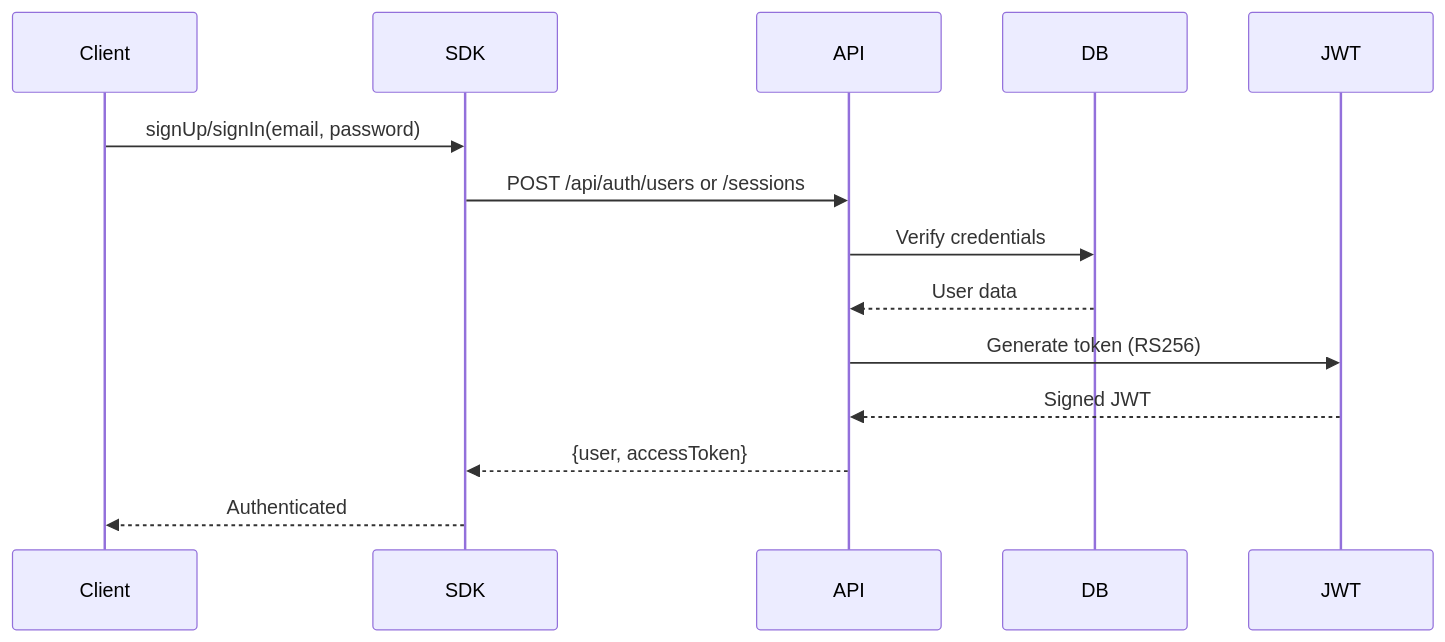
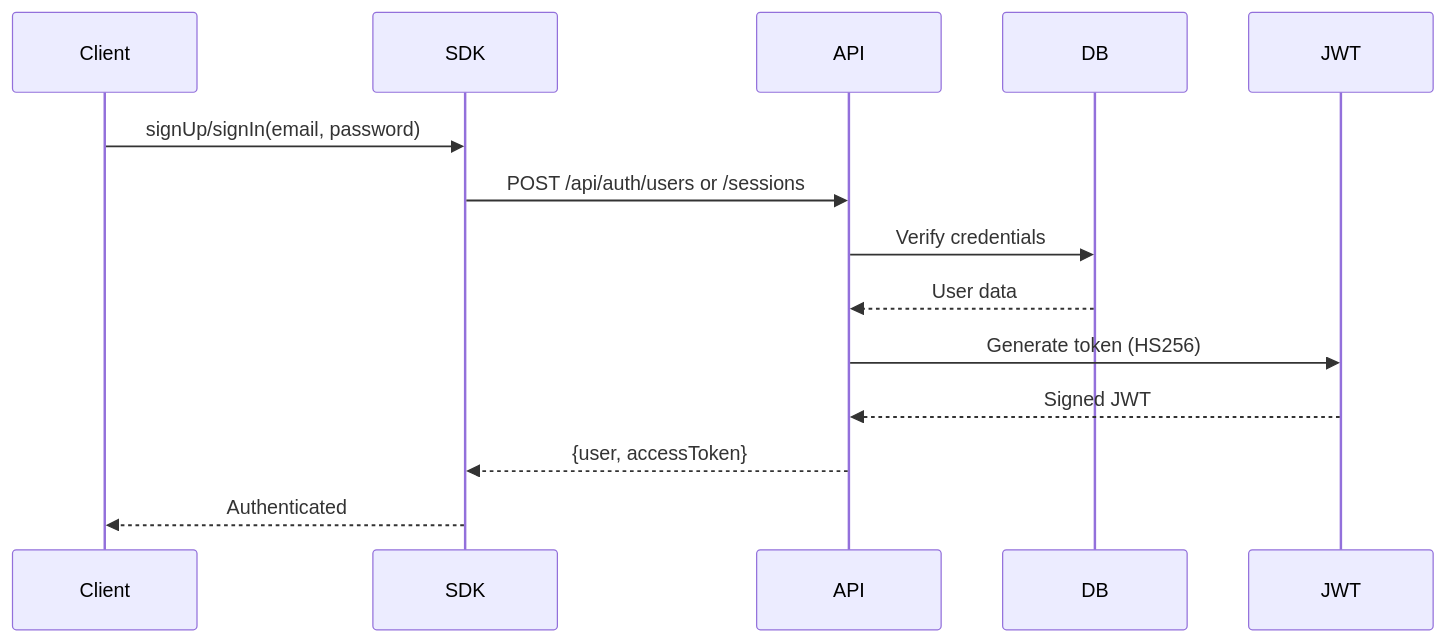
One commit to InsForge/insforge-docs changed the second of 3 diagrams in core-concepts/authentication/architecture.mdx. Above: the diagram before and after it, drawn with Mermaid. The commit also changed other lines of this file, not shown here.

````diff
--- a/core-concepts/authentication/architecture.mdx
+++ b/core-concepts/authentication/architecture.mdx
@@ -61,17 +61,17 @@
 ```mermaid
 sequenceDiagram
     participant Client
     participant SDK
     participant API
     participant DB
     participant JWT
     
     Client->>SDK: signUp/signIn(email, password)
     SDK->>API: POST /api/auth/users or /sessions
     API->>DB: Verify credentials
     DB-->>API: User data
-    API->>JWT: Generate token (RS256)
+    API->>JWT: Generate token (HS256)
     JWT-->>API: Signed JWT
     API-->>SDK: {user, accessToken}
     SDK-->>Client: Authenticated
 ```
````
